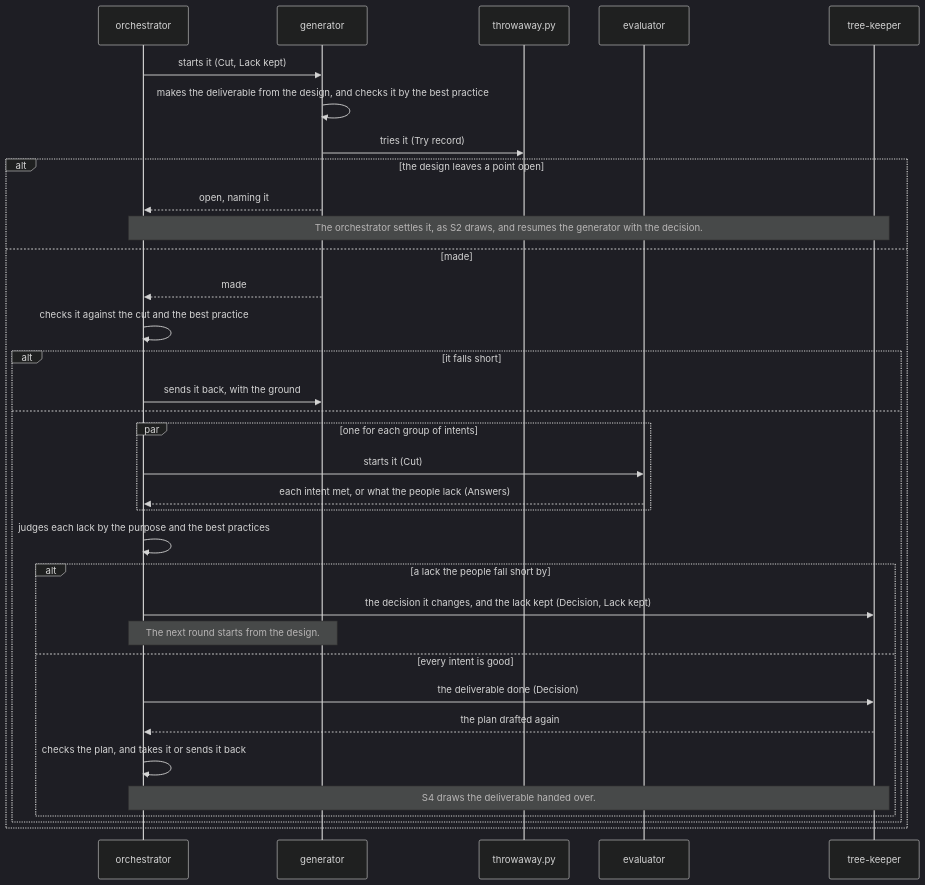
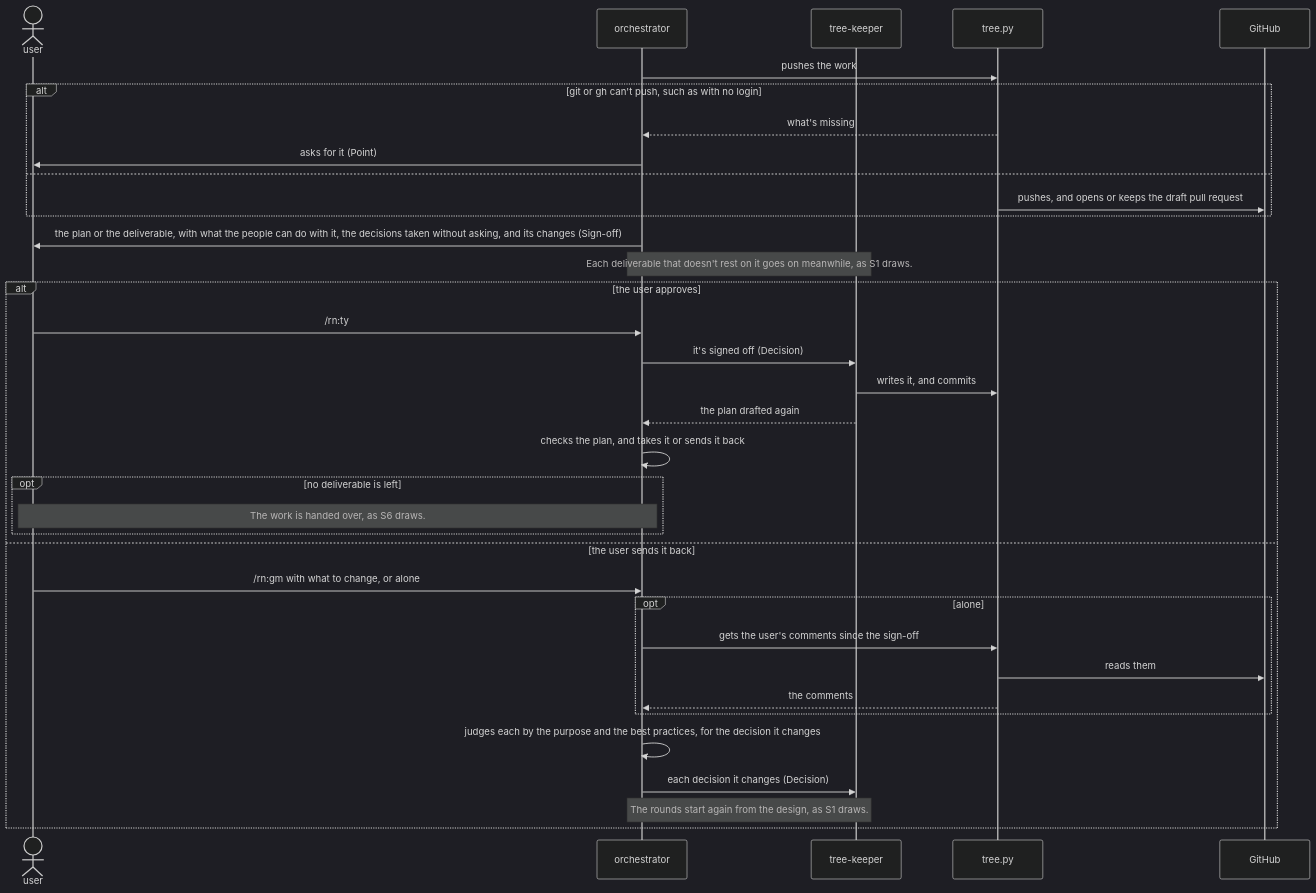
Before and after one commit to lovaizu/ccpm: the third of 6 diagrams in dev/rn/architecture.md, drawn with Mermaid (dark theme). The commit also changed other lines of this file and 11 other files, not shown here.

````diff
--- a/dev/rn/architecture.md
+++ b/dev/rn/architecture.md
@@ -201,36 +252,37 @@
 ```mermaid
 sequenceDiagram
+  actor U as user
   participant O as orchestrator
-  participant G as generator
-  participant W as throwaway.py
-  participant E as evaluator
   participant K as tree-keeper
-  O->>G: starts it (Cut, Lack kept)
-  G->>G: makes the deliverable from the design, and checks it by the best practice
-  G->>W: tries it (Try record)
-  alt the design leaves a point open
-    G-->>O: open, naming it
-    Note over O,K: The orchestrator settles it, as S2 draws, and resumes the generator with the decision.
-  else made
-    G-->>O: made
-    O->>O: checks it against the cut and the best practice
-    alt it falls short
-      O->>G: sends it back, with the ground
-    else
-      par one for each group of intents
-        O->>E: starts it (Cut)
-        E-->>O: each intent met, or what the people lack (Answers)
-      end
-      O->>O: judges each lack by the purpose and the best practices
-      alt a lack the people fall short by
-        O->>K: the decision it changes, and the lack kept (Decision, Lack kept)
-        Note over O,G: The next round starts from the design.
-      else every intent is good
-        O->>K: the deliverable done (Decision)
-        K-->>O: the plan drafted again
-        O->>O: checks the plan, and takes it or sends it back
-        Note over O,K: S4 draws the deliverable handed over.
-      end
+  participant T as tree.py
+  participant GH as GitHub
+  O->>T: pushes the work
+  alt git or gh can't push, such as with no login
+    T-->>O: what's missing
+    O->>U: asks for it (Point)
+  else
+    T->>GH: pushes, and opens or keeps the draft pull request
+  end
+  O->>U: the plan or the deliverable, with what the people can do with it, the decisions taken without asking, and its changes (Sign-off)
+  Note over O,K: Each deliverable that doesn't rest on it goes on meanwhile, as S1 draws.
+  alt the user approves
+    U->>O: /rn:ty
+    O->>K: it's signed off (Decision)
+    K->>T: writes it, and commits
+    K-->>O: the plan drafted again
+    O->>O: checks the plan, and takes it or sends it back
+    opt no deliverable is left
+      Note over U,O: The work is handed over, as S6 draws.
     end
+  else the user sends it back
+    U->>O: /rn:gm with what to change, or alone
+    opt alone
+      O->>T: gets the user's comments since the sign-off
+      T->>GH: reads them
+      T-->>O: the comments
+    end
+    O->>O: judges each by the purpose and the best practices, for the decision it changes
+    O->>K: each decision it changes (Decision)
+    Note over O,K: The rounds start again from the design, as S1 draws.
   end
 ```
````
